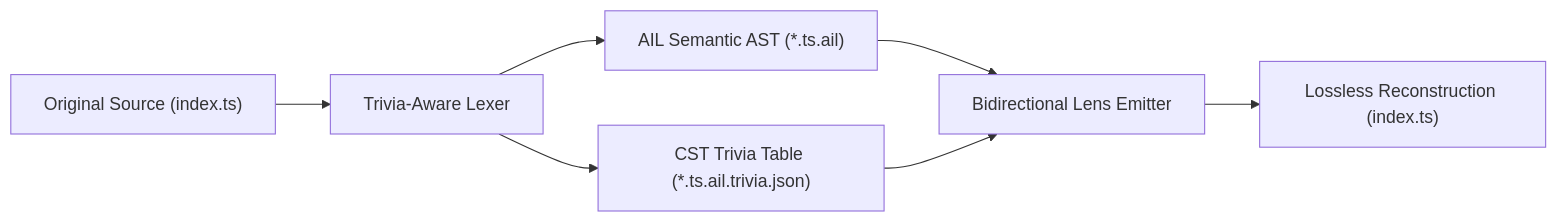
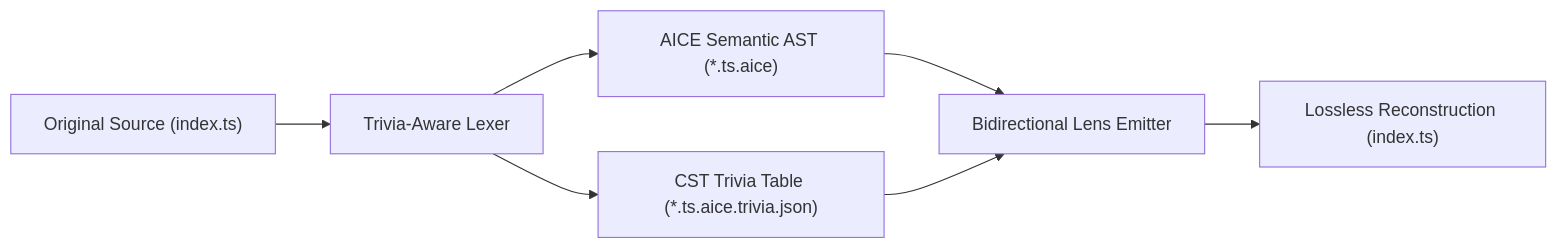
The diagram in docs/CST_TRIVIA_SPEC.md (forart82/aice), drawn with Mermaid before and after one commit. The commit also changed other lines of this file and 279 other files, not shown here.

Commit message:
refactor: rename project from AIL to AICE (AI Context Engine) across entire codebase, CLI, extensions, and docs

````diff
--- a/docs/CST_TRIVIA_SPEC.md
+++ b/docs/CST_TRIVIA_SPEC.md
@@ -25,10 +25,10 @@
 ```mermaid
 flowchart LR
     Source["Original Source (index.ts)"] --> Lexer["Trivia-Aware Lexer"]
-    Lexer --> AST["AIL Semantic AST (*.ts.ail)"]
-    Lexer --> TriviaTable["CST Trivia Table (*.ts.ail.trivia.json)"]
+    Lexer --> AST["AICE Semantic AST (*.ts.aice)"]
+    Lexer --> TriviaTable["CST Trivia Table (*.ts.aice.trivia.json)"]
     
     AST --> Emitter["Bidirectional Lens Emitter"]
     TriviaTable --> Emitter
     Emitter --> Reconstructed["Lossless Reconstruction (index.ts)"]
 ```
````
